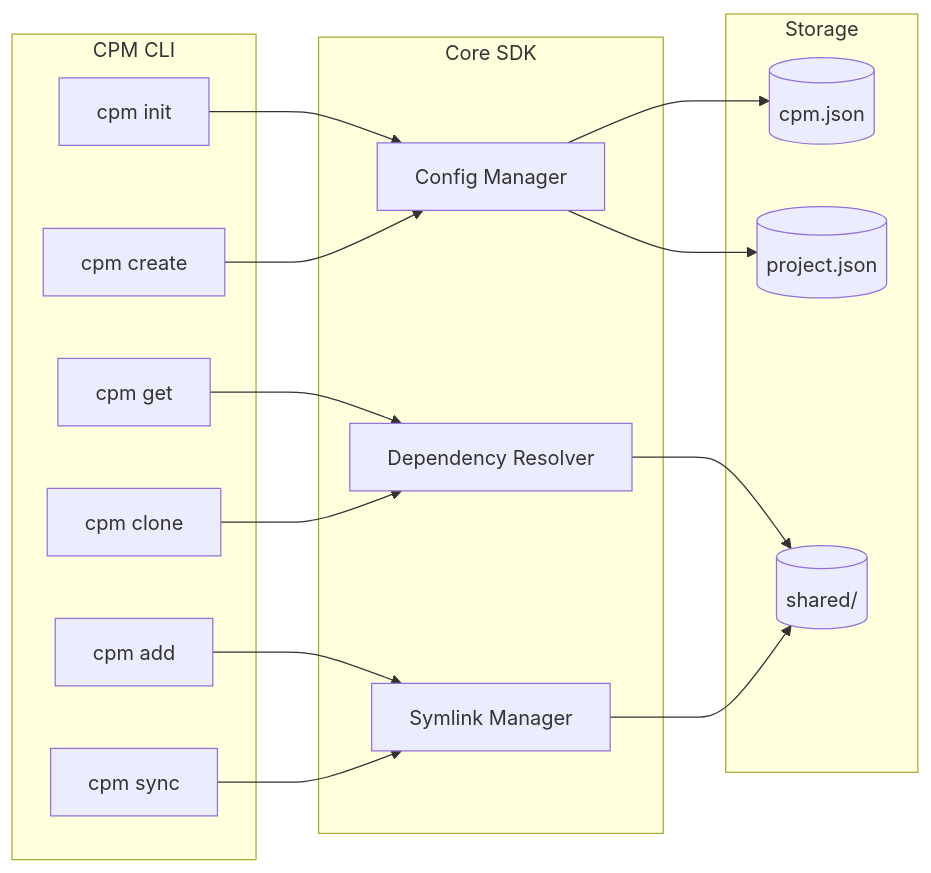
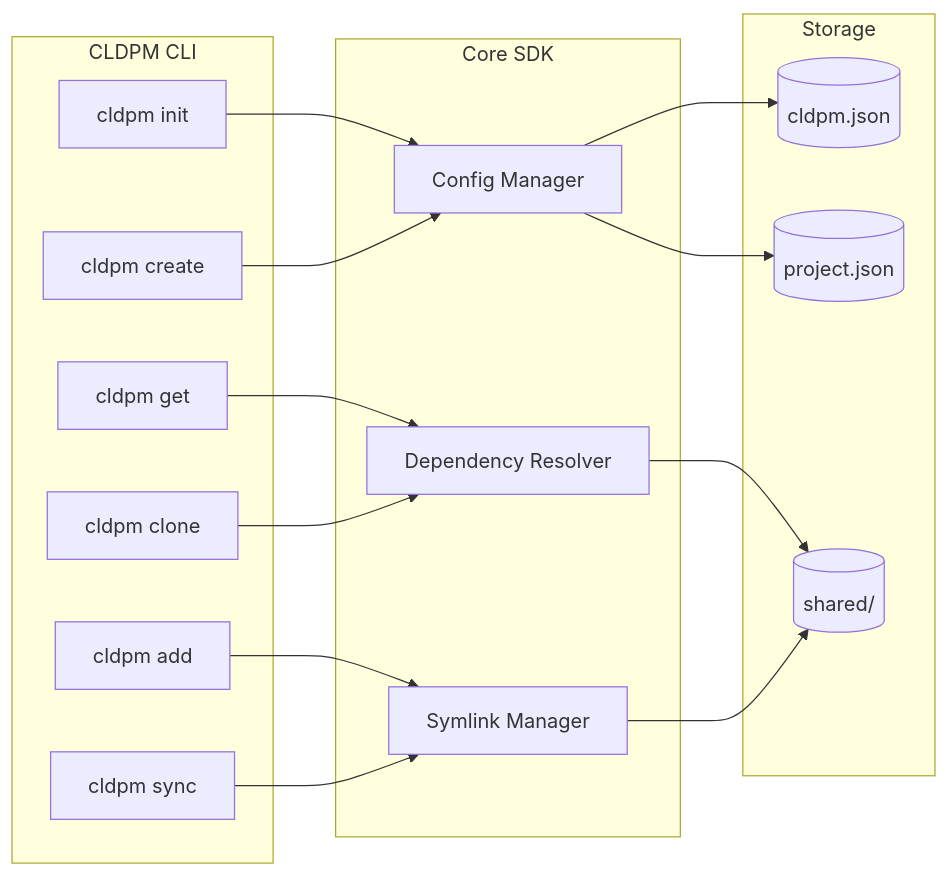
The second of 3 diagrams in python/README.md (transilienceai/cldpm), drawn with Mermaid before and after one commit. The commit also changed other lines of this file and 148 other files, not shown here.

Commit message:
chore: update the package name from cpm to cldpm

````diff
--- a/python/README.md
+++ b/python/README.md
@@ -81,35 +81,35 @@
 ```mermaid
 flowchart LR
-    subgraph "CPM CLI"
-        INIT[cpm init]
-        CREATE[cpm create]
-        ADD[cpm add]
-        GET[cpm get]
-        SYNC[cpm sync]
-        CLONE[cpm clone]
+    subgraph "CLDPM CLI"
+        INIT[cldpm init]
+        CREATE[cldpm create]
+        ADD[cldpm add]
+        GET[cldpm get]
+        SYNC[cldpm sync]
+        CLONE[cldpm clone]
     end
 
     subgraph "Core SDK"
         CONFIG[Config Manager]
         RESOLVER[Dependency Resolver]
         LINKER[Symlink Manager]
     end
 
     subgraph "Storage"
-        CPMJSON[(cpm.json)]
+        CLDPMJSON[(cldpm.json)]
         PROJSON[(project.json)]
         SHARED[(shared/)]
     end
 
     INIT --> CONFIG
     CREATE --> CONFIG
     ADD --> LINKER
     GET --> RESOLVER
     SYNC --> LINKER
     CLONE --> RESOLVER
 
-    CONFIG --> CPMJSON
+    CONFIG --> CLDPMJSON
     CONFIG --> PROJSON
     RESOLVER --> SHARED
     LINKER --> SHARED
 ```
````
